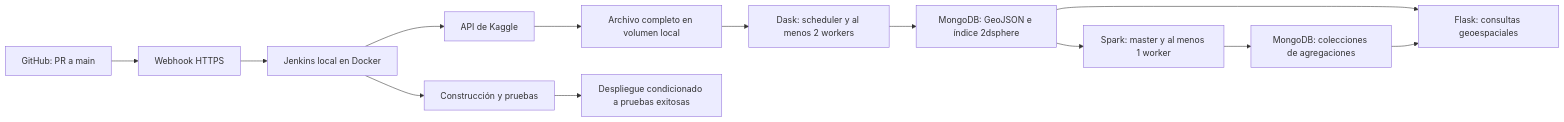
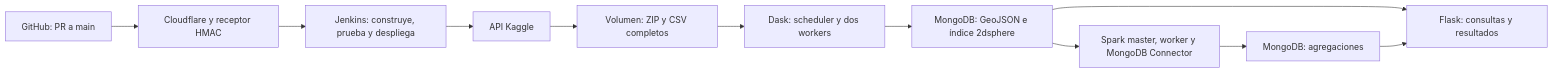
Before and after one commit to Bjonion/projectBD: the diagram in README.md, drawn with Mermaid. The commit also changed other lines of this file and 7 other files, not shown here.

````diff
--- a/README.md
+++ b/README.md
@@ -32,15 +33,13 @@
 ```mermaid
 flowchart LR
-    G[GitHub: PR a main] --> W[Webhook HTTPS]
-    W --> J[Jenkins local en Docker]
-    J --> K[API de Kaggle]
-    K --> F[Archivo completo en volumen local]
-    F --> D[Dask: scheduler y al menos 2 workers]
+    G[GitHub: PR a main] --> W[Cloudflare y receptor HMAC]
+    W --> J[Jenkins: construye, prueba y despliega]
+    J --> K[API Kaggle]
+    K --> V[Volumen: ZIP y CSV completos]
+    V --> D[Dask: scheduler y dos workers]
     D --> M[MongoDB: GeoJSON e índice 2dsphere]
-    M --> S[Spark: master y al menos 1 worker]
-    S --> A[MongoDB: colecciones de agregaciones]
-    M --> API[Flask: consultas geoespaciales]
-    A --> API
-    J --> T[Construcción y pruebas]
-    T --> P[Despliegue condicionado a pruebas exitosas]
+    M --> S[Spark master, worker y MongoDB Connector]
+    S --> A[MongoDB: agregaciones]
+    M --> F[Flask: consultas y resultados]
+    A --> F
 ```
````
